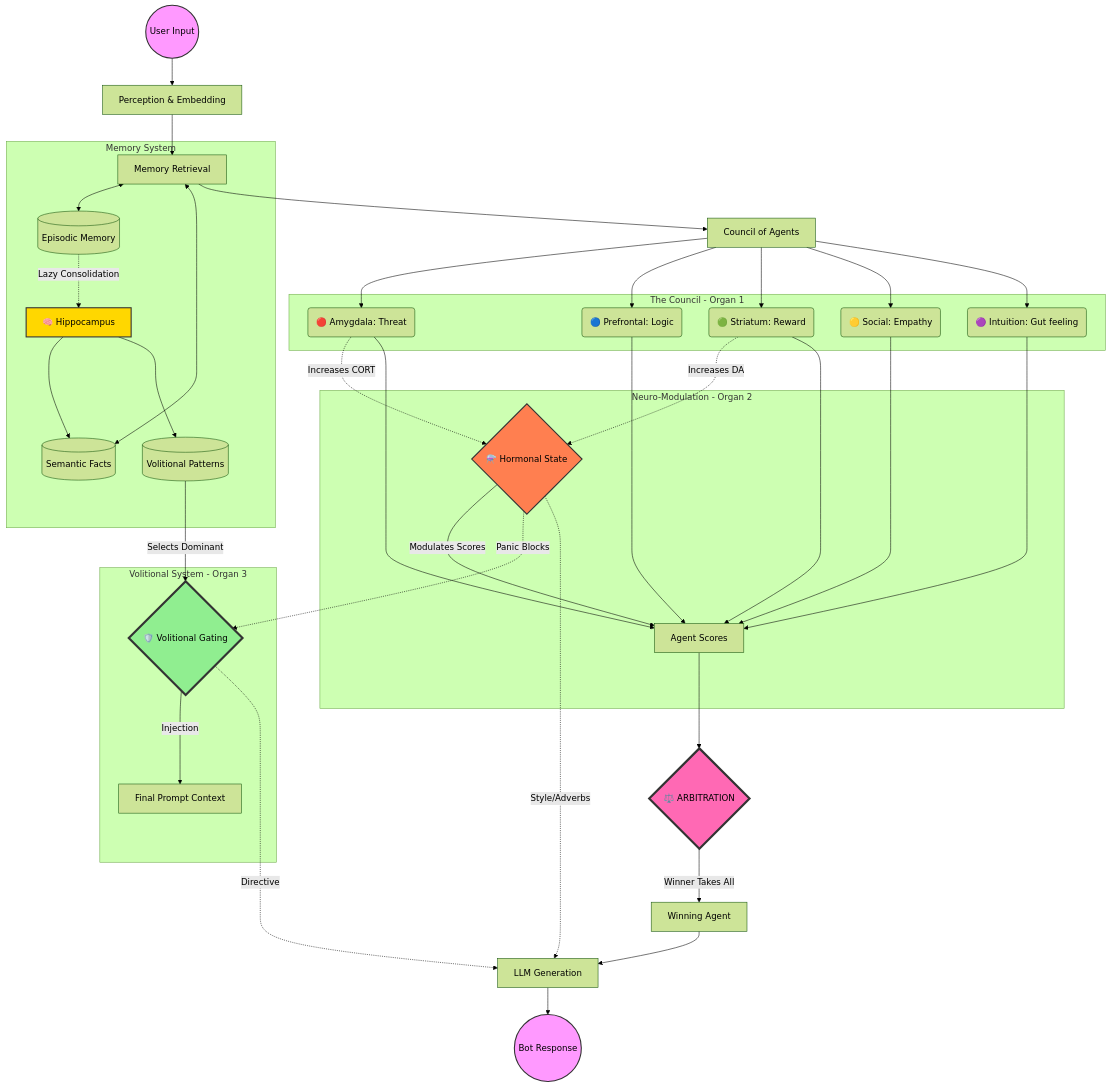
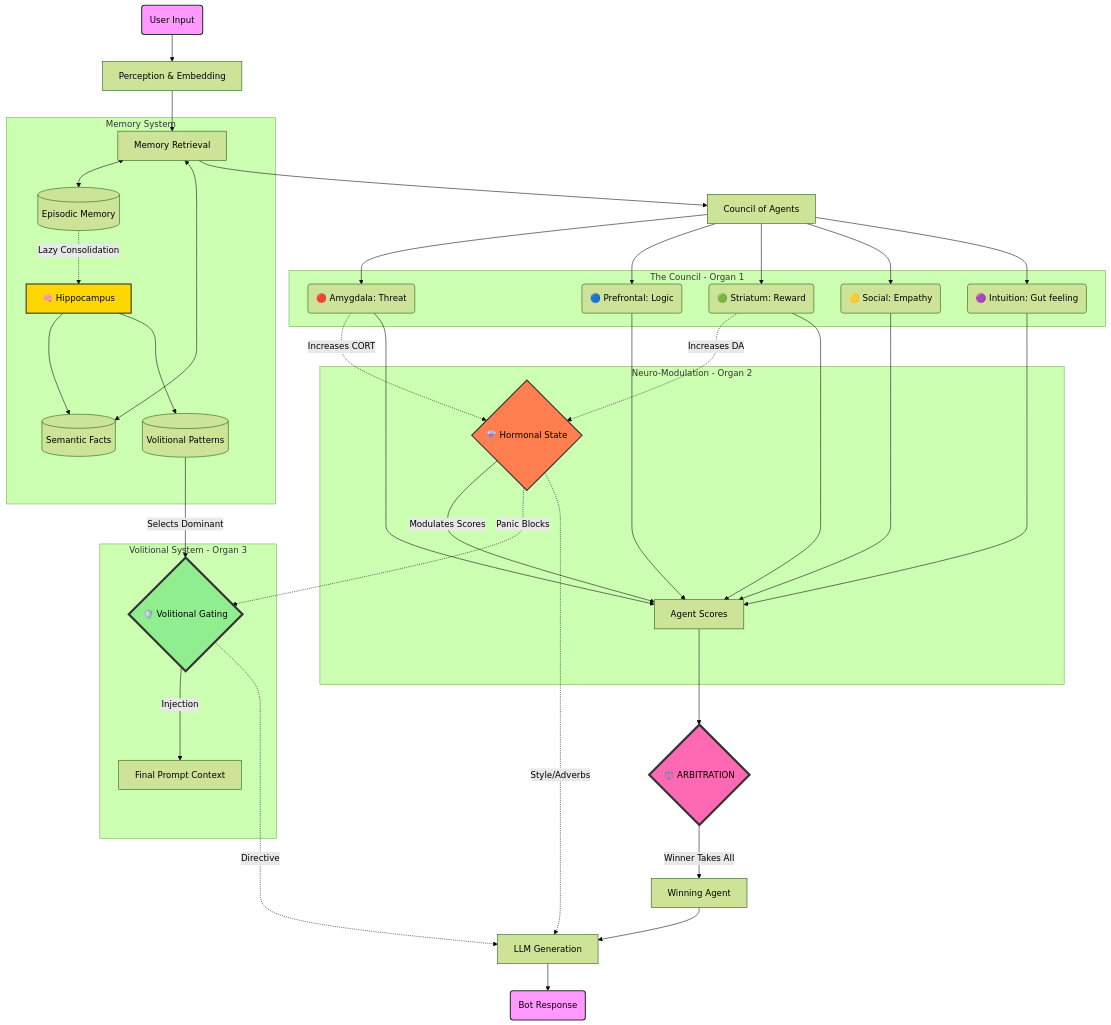
Before and after one commit to yserjjj-2022/r-bot: the diagram in README.md, drawn with Mermaid (forest theme).

Commit message:
fix: sanitize Mermaid diagram syntax (add quotes, remove special chars)

````diff
--- a/README.md
+++ b/README.md
@@ -36,64 +36,64 @@
 ```mermaid
 graph TD
     %% Styling
     classDef input fill:#f9f,stroke:#333,stroke-width:2px;
     classDef memory fill:#ffd700,stroke:#333,stroke-width:2px;
     classDef agents fill:#add8e6,stroke:#333,stroke-width:2px;
     classDef hormones fill:#ff7f50,stroke:#333,stroke-width:2px;
     classDef volition fill:#90ee90,stroke:#333,stroke-width:4px;
     classDef arbitration fill:#ff69b4,stroke:#333,stroke-width:4px;
     classDef output fill:#f9f,stroke:#333,stroke-width:2px;
 
     %% 1. INPUT
-    User((User Input)):::input --> Perception[Perception & Embedding]
-    Perception --> Retrieval[Memory Retrieval]
+    User("User Input"):::input --> Perception["Perception & Embedding"]
+    Perception --> Retrieval["Memory Retrieval"]
 
     %% 2. MEMORY
-    subgraph MEMORY_SYSTEM [Memory System]
-        Retrieval <--> Episodic[(Episodic Memory)]
-        Retrieval <--> Semantic[(Semantic Facts)]
-        Episodic -.->|Lazy Consolidation| Hippocampus[🧠 Hippocampus]:::memory
+    subgraph MEMORY_SYSTEM ["Memory System"]
+        Retrieval <--> Episodic[("Episodic Memory")]
+        Retrieval <--> Semantic[("Semantic Facts")]
+        Episodic -.->|Lazy Consolidation| Hippocampus["🧠 Hippocampus"]:::memory
         Hippocampus --> Semantic
-        Hippocampus --> VolitionalPatterns[(Volitional Patterns)]
+        Hippocampus --> VolitionalPatterns[("Volitional Patterns")]
     end
 
     %% 3. THE COUNCIL
-    Retrieval --> Council[Council of Agents]
-    subgraph AGENTS [The Council - Organ 1]
-        Amygdala(🔴 Amygdala: Threat)
-        Prefrontal(🔵 Prefrontal: Logic)
-        Striatum(🟢 Striatum: Reward)
-        Social(🟡 Social: Empathy)
-        Intuition(🟣 Intuition: Gut feeling)
+    Retrieval --> Council["Council of Agents"]
+    subgraph AGENTS ["The Council - Organ 1"]
+        Amygdala("🔴 Amygdala: Threat")
+        Prefrontal("🔵 Prefrontal: Logic")
+        Striatum("🟢 Striatum: Reward")
+        Social("🟡 Social: Empathy")
+        Intuition("🟣 Intuition: Gut feeling")
     end
     
     Council --> Amygdala & Prefrontal & Striatum & Social & Intuition
 
     %% 4. HORMONES
-    subgraph HORMONES [Neuro-Modulation - Organ 2]
-        Chemistry{⚗️ Hormonal State}:::hormones
-        Chemistry -->|Modulates Scores| AgentScores[Agent Scores]
+    subgraph HORMONES ["Neuro-Modulation - Organ 2"]
+        Chemistry{"⚗️ Hormonal State"}:::hormones
+        Chemistry -->|Modulates Scores| AgentScores["Agent Scores"]
         Amygdala -.->|Increases CORT| Chemistry
         Striatum -.->|Increases DA| Chemistry
     end
 
     Amygdala & Prefrontal & Striatum & Social & Intuition --> AgentScores
 
     %% 5. VOLITION
-    subgraph VOLITION [Volitional System - Organ 3]
-        VolitionalPatterns -->|Selects Dominant| VolitionalGating{🛡️ Volitional Gating}:::volition
-        VolitionalGating -->|Injection| PromptContext[Final Prompt Context]
+    subgraph VOLITION ["Volitional System - Organ 3"]
+        VolitionalPatterns -->|Selects Dominant| VolitionalGating{"🛡️ Volitional Gating"}:::volition
+        VolitionalGating -->|Injection| PromptContext["Final Prompt Context"]
         Chemistry -.->|Panic Blocks| VolitionalGating
     end
 
     %% 6. ARBITRATION
-    AgentScores --> Arbitration{⚖️ ARBITRATION}:::arbitration
-    Arbitration -->|Winner Takes All| Winner[Winning Agent]
+    AgentScores --> Arbitration{"⚖️ ARBITRATION"}:::arbitration
+    Arbitration -->|Winner Takes All| Winner["Winning Agent"]
     
     %% RESPONSE
-    Winner --> LLM_Generation[LLM Generation]
+    Winner --> LLM_Generation["LLM Generation"]
     VolitionalGating -.->|Directive| LLM_Generation
     Chemistry -.->|Style/Adverbs| LLM_Generation
     
-    LLM_Generation --> Response((Bot Response)):::output
+    LLM_Generation --> Response("Bot Response"):::output
 ```
````
